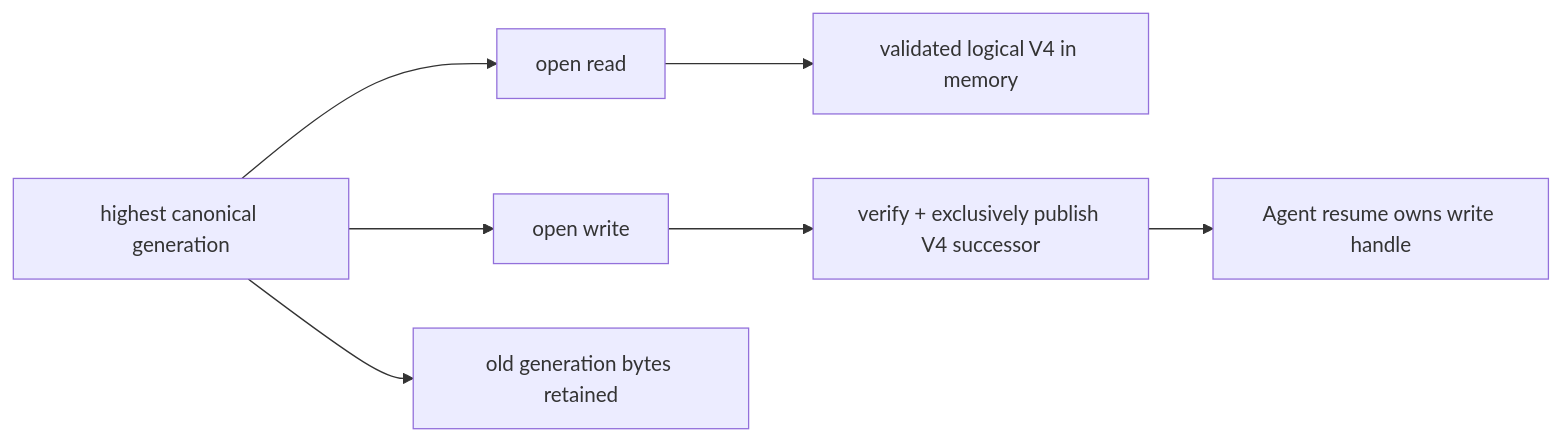
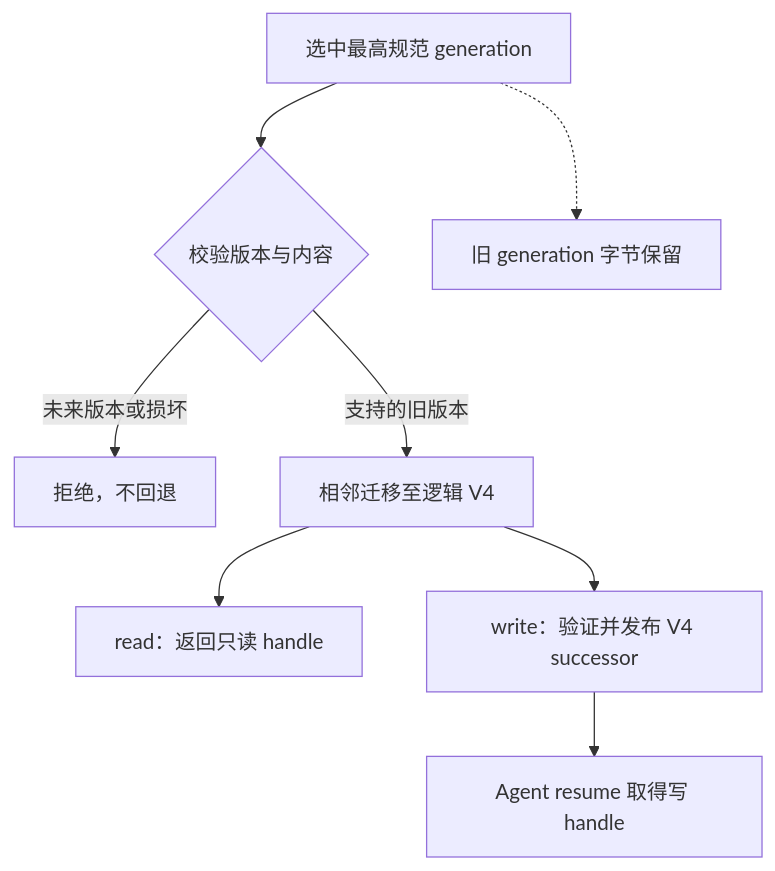
Before and after one commit to eriklee1895/hands-on-dsh: the diagram in how-dsh-works/04-session-event-log-and-projection.md, drawn with Mermaid. The commit also changed other lines of this file and 86 other files, not shown here.

Commit message:
docs: improve course narrative, technical guidance, and diagrams

````diff
--- a/how-dsh-works/04-session-event-log-and-projection.md
+++ b/how-dsh-works/04-session-event-log-and-projection.md
@@ -27,9 +29,10 @@
 ```mermaid
-flowchart LR
-    Old["highest canonical generation"] --> R["open read"]
-    R --> Logical["validated logical V4 in memory"]
-    Old --> W["open write"]
-    W --> New["verify + exclusively publish V4 successor"]
-    Old --> Keep["old generation bytes retained"]
-    New --> Resume["Agent resume owns write handle"]
+flowchart TD
+    Old["选中最高规范 generation"] --> V{"校验版本与内容"}
+    V -->|"未来版本或损坏"| Fail["拒绝，不回退"]
+    V -->|"支持的旧版本"| M["相邻迁移至逻辑 V4"]
+    M --> R["read：返回只读 handle"]
+    M --> W["write：验证并发布 V4 successor"]
+    W --> Resume["Agent resume 取得写 handle"]
+    Old -.-> Keep["旧 generation 字节保留"]
 ```
````
